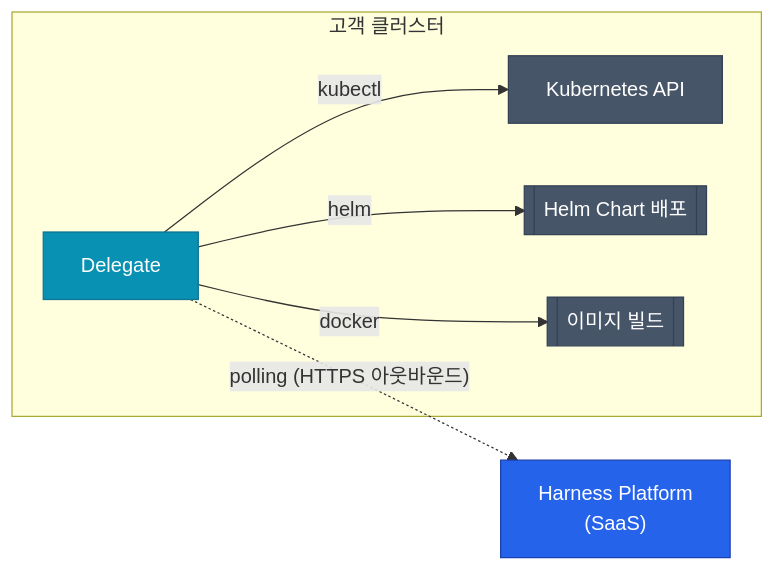
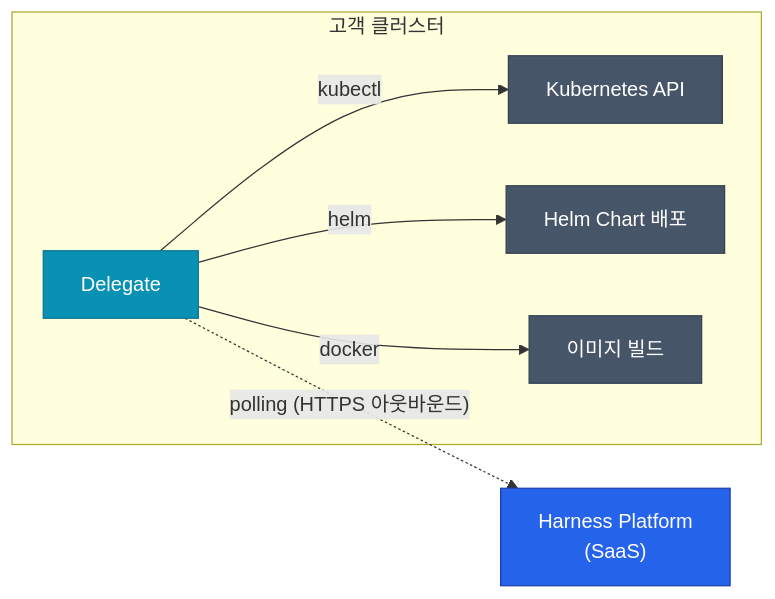
One commit to No1Joon/No1Joon.github.io changed the diagram in _posts/2026-04-08-harness-01-overview.md. Above: the diagram before and after it, drawn with Mermaid. The commit also changed 18 other files, not shown here.

````diff
--- a/_posts/2026-04-08-harness-01-overview.md
+++ b/_posts/2026-04-08-harness-01-overview.md
@@ -86,23 +86,23 @@
 ```mermaid
 flowchart LR
     P["Harness Platform<br/>(SaaS)"]
     subgraph cluster["고객 클러스터"]
         D["Delegate"]
         K["Kubernetes API"]
-        H[["Helm Chart 배포"]]
-        I[["이미지 빌드"]]
+        H["Helm Chart 배포"]
+        I["이미지 빌드"]
     end
 
     D -. "polling (HTTPS 아웃바운드)" .-> P
     D -->|kubectl| K
     D -->|helm| H
     D -->|docker| I
 
     classDef primary fill:#2563eb,stroke:#1e40af,color:#ffffff
     classDef info fill:#0891b2,stroke:#0e7490,color:#ffffff
     classDef neutral fill:#475569,stroke:#334155,color:#ffffff
 
     class P primary
     class D info
     class K,H,I neutral
 ```
````
